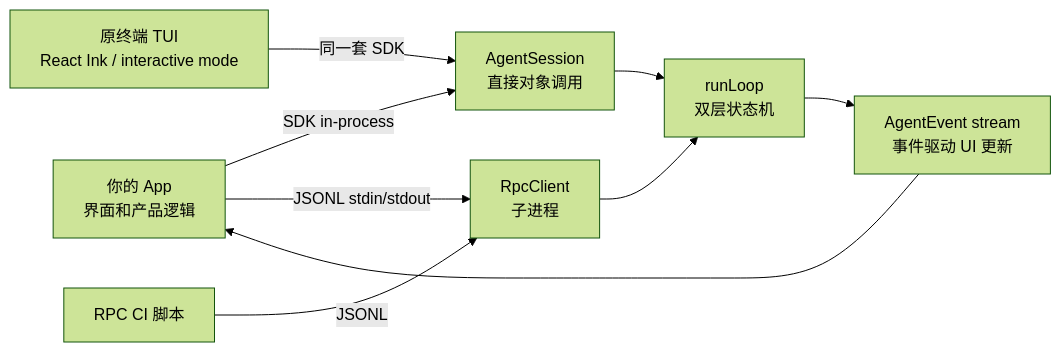
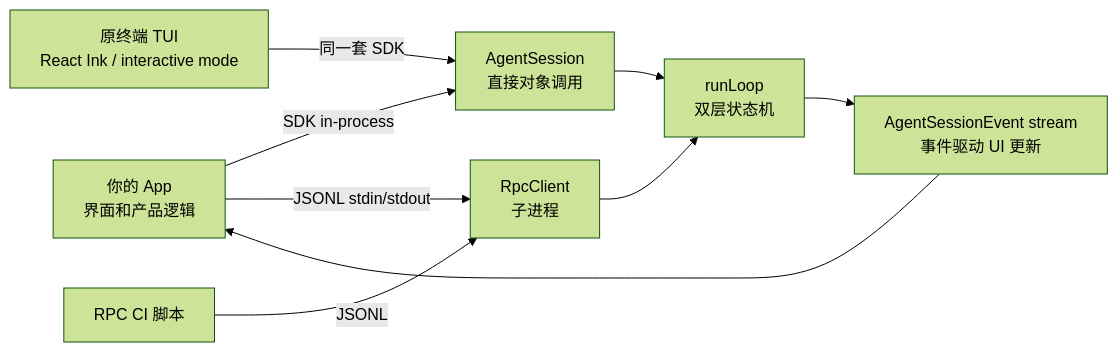
Before and after one commit to ethan-jiang-1/pi-mono: the diagram in _digested/integration/README.md, drawn with Mermaid (forest theme). The commit also changed other lines of this file and 12 other files, not shown here.

````diff
--- a/_digested/integration/README.md
+++ b/_digested/integration/README.md
@@ -34,13 +34,13 @@
 ```mermaid
 flowchart LR
   Host["你的 App<br/>界面和产品逻辑"] -->|SDK in-process| AgentSession["AgentSession<br/>直接对象调用"]
   Host -->|JSONL stdin/stdout| RpcClient["RpcClient<br/>子进程"]
   AgentSession --> Loop["runLoop<br/>双层状态机"]
   RpcClient --> Loop
   
-  Loop --> Event["AgentEvent stream<br/>事件驱动 UI 更新"]
+  Loop --> Event["AgentSessionEvent stream<br/>事件驱动 UI 更新"]
   Event --> Host
 
   TUI["原终端 TUI<br/>React Ink / interactive mode"] -->|同一套 SDK| AgentSession
   CI["RPC CI 脚本"] -->|JSONL| RpcClient
 ```
````
